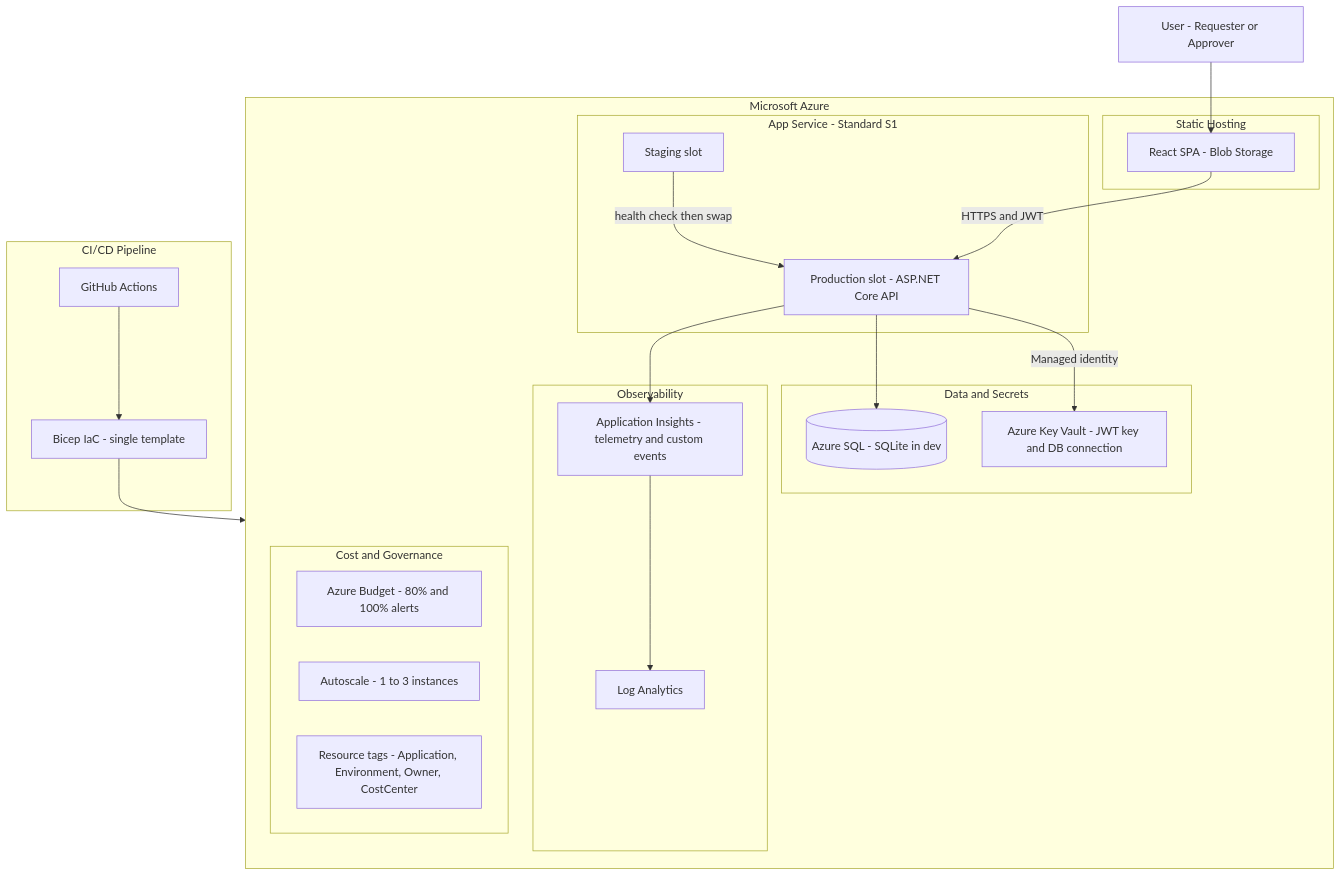
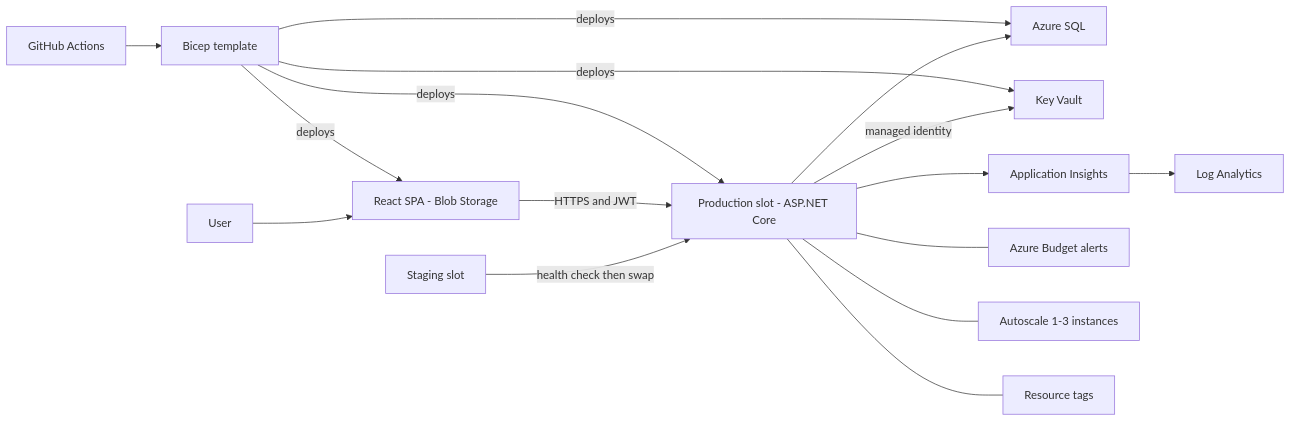
The second of 5 diagrams in docs/presentation-diagrams.md (Jugcmd/CloudSec), drawn with Mermaid before and after one commit. The commit also changed other lines of this file, not shown here.

Commit message:
fix: rewrite all diagrams as flat flowcharts - no nested subgraph edge issues

````diff
--- a/docs/presentation-diagrams.md
+++ b/docs/presentation-diagrams.md
@@ -34,46 +30,34 @@
 ```mermaid
-flowchart TB
-    User["User - Requester or Approver"]
+flowchart LR
+    USER["User"]
+    GH["GitHub Actions"]
+    BICEP["Bicep template"]
+    FE["React SPA - Blob Storage"]
+    STAGING["Staging slot"]
+    PROD["Production slot - ASP.NET Core"]
+    DB["Azure SQL"]
+    KV["Key Vault"]
+    AI["Application Insights"]
+    LA["Log Analytics"]
+    BUDGET["Azure Budget alerts"]
+    SCALE["Autoscale 1-3 instances"]
+    TAGS["Resource tags"]
 
-    subgraph CICD [CI/CD Pipeline]
-        GH["GitHub Actions"]
-        BICEP["Bicep IaC - single template"]
-        GH --> BICEP
-    end
+    GH --> BICEP
+    BICEP -->|"deploys"| PROD
+    BICEP -->|"deploys"| FE
+    BICEP -->|"deploys"| DB
+    BICEP -->|"deploys"| KV
 
-    subgraph AZURE [Microsoft Azure]
-        subgraph FRONTEND [Static Hosting]
-            FE["React SPA - Blob Storage"]
-        end
-
-        subgraph API_TIER [App Service - Standard S1]
-            STAGING["Staging slot"]
-            PROD["Production slot - ASP.NET Core API"]
-            STAGING -->|"health check then swap"| PROD
-        end
-
-        subgraph DATA [Data and Secrets]
-            DB[("Azure SQL - SQLite in dev")]
-            KV["Azure Key Vault - JWT key and DB connection"]
-        end
-
-        subgraph OBS [Observability]
-            AI["Application Insights - telemetry and custom events"]
-            LA["Log Analytics"]
-        end
-
-        subgraph GOVN [Cost and Governance]
-            BUDGET["Azure Budget - 80% and 100% alerts"]
-            SCALE["Autoscale - 1 to 3 instances"]
-            TAGS["Resource tags - Application, Environment, Owner, CostCenter"]
-        end
-    end
-
-    BICEP --> AZURE
-    User --> FE
+    USER --> FE
     FE -->|"HTTPS and JWT"| PROD
+    STAGING -->|"health check then swap"| PROD
     PROD --> DB
-    PROD -->|"Managed identity"| KV
+    PROD -->|"managed identity"| KV
     PROD --> AI
     AI --> LA
+
+    PROD --- SCALE
+    PROD --- BUDGET
+    PROD --- TAGS
 ```
````
